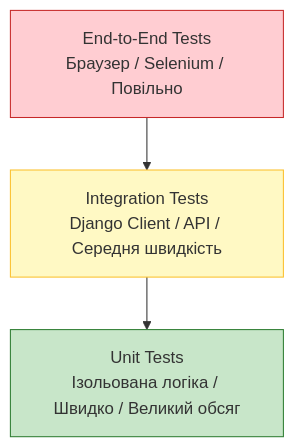
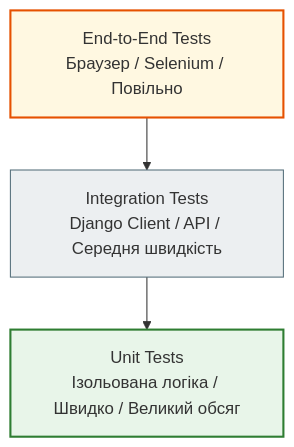
Before and after one commit to NikoriakViktot/notes_chat_app: the first of 8 diagrams in docs/08_testing_and_quality/django_testing_full.md, drawn with Mermaid. The commit also changed other lines of this file and 441 other files, not shown here.

First line of the commit message:
Add English version of the book, Mermaid standard, docs fixes

````diff
--- a/docs/08_testing_and_quality/django_testing_full.md
+++ b/docs/08_testing_and_quality/django_testing_full.md
@@ -65,10 +65,13 @@
 ```mermaid
 graph TD
-    A["End-to-End Tests\nБраузер / Selenium / Повільно"] --> B
-    B["Integration Tests\nDjango Client / API / Середня швидкість"] --> C
-    C["Unit Tests\nІзольована логіка / Швидко / Великий обсяг"]
+    A["End-to-End Tests<br>Браузер / Selenium / Повільно"] --> B
+    B["Integration Tests<br>Django Client / API / Середня швидкість"] --> C
+    C["Unit Tests<br>Ізольована логіка / Швидко / Великий обсяг"]
 
-    style A fill:#ffcdd2,stroke:#c62828
-    style B fill:#fff9c4,stroke:#fbc02d
-    style C fill:#c8e6c9,stroke:#2e7d32
+    classDef step     fill:#eceff1,stroke:#546e7a,stroke-width:1px;
+    classDef success  fill:#e8f5e9,stroke:#2e7d32,stroke-width:2px;
+    classDef warning  fill:#fff8e1,stroke:#e65100,stroke-width:2px;
+    class A warning;
+    class B step;
+    class C success;
 ```
````
